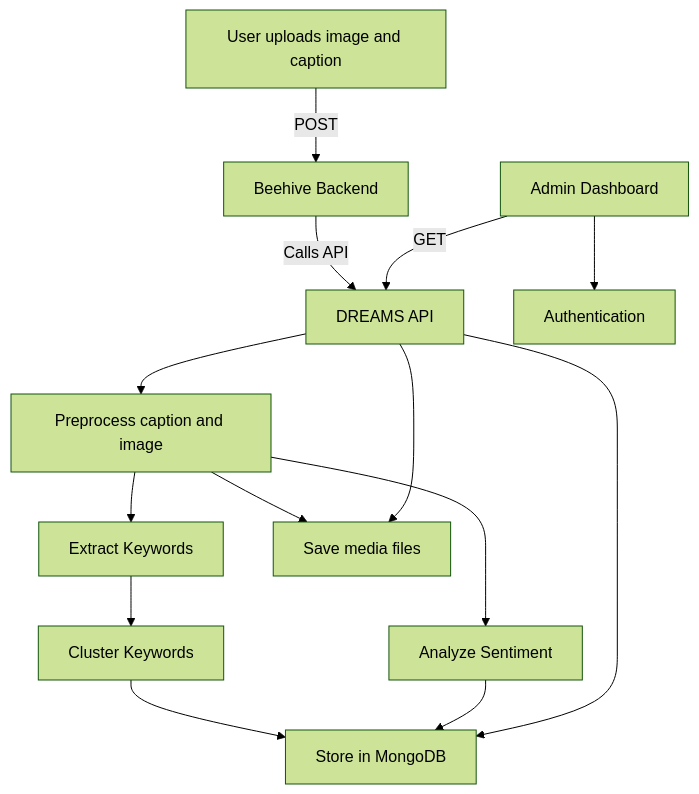
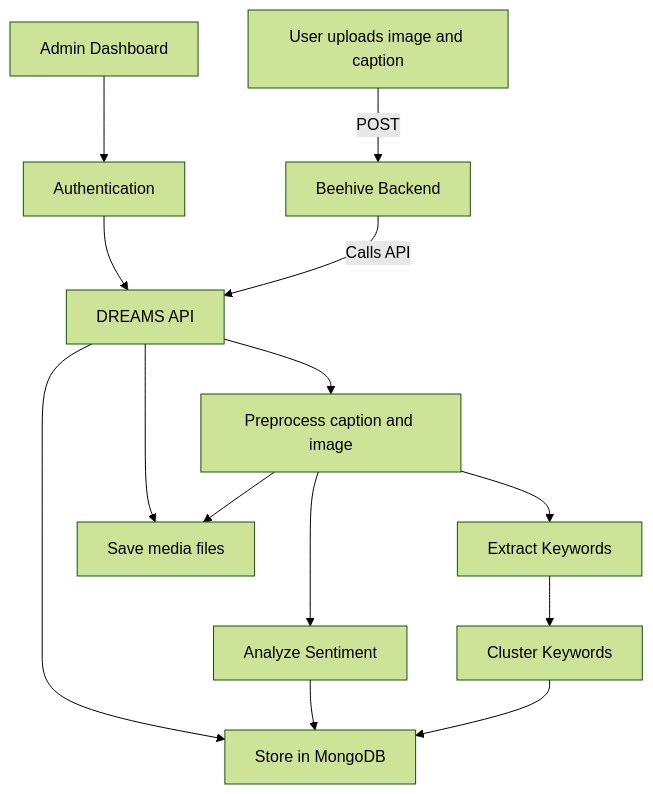
Before and after one commit to KathiraveluLab/DREAMS: the diagram in dreamsApp/docs/architecture.md, drawn with Mermaid (forest theme).

````diff
--- a/dreamsApp/docs/architecture.md
+++ b/dreamsApp/docs/architecture.md
@@ -184,17 +184,17 @@
 ```mermaid
     graph TD
     User[User uploads image and caption] -->|POST| Beehive[Beehive Backend]
     Beehive -->|Calls API| DreamsAPI[DREAMS API]
     DreamsAPI --> Preprocess[Preprocess caption and image]
     Preprocess --> Keywords[Extract Keywords]
     Keywords --> Clusters[Cluster Keywords]
     Preprocess --> Sentiment[Analyze Sentiment]
     Clusters --> Database[Store in MongoDB]
     Sentiment --> Database
     Preprocess --> MediaStorage[Save media files]
 
-    Admin[Admin Dashboard] -->|GET| DreamsAPI
-    Admin --> Auth[Authentication]
+    Admin[Admin Dashboard] --> Auth[Authentication]
+    Auth --> DreamsAPI
     DreamsAPI --> Database
     DreamsAPI --> MediaStorage
 ```
````
